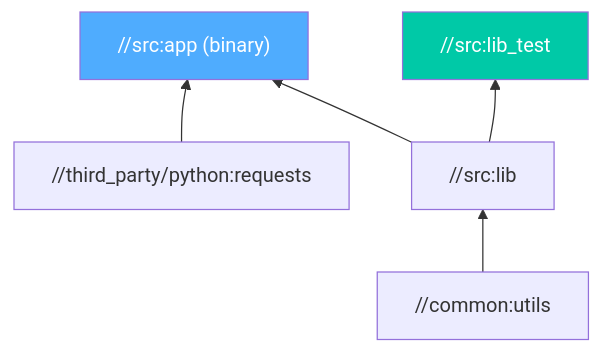
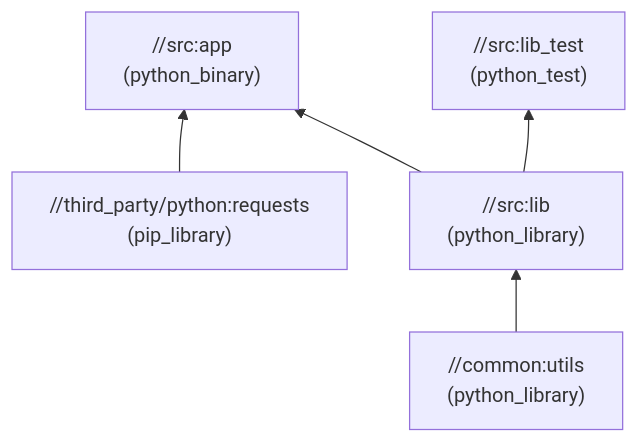
One commit to AndrewAltimit/Documentation changed the first of 3 diagrams in github-pages/docs/technology/please-build.md. Above: the diagram before and after it, drawn with Mermaid. The commit also changed other lines of this file and 240 other files, not shown here.

````diff
--- a/github-pages/docs/technology/please-build.md
+++ b/github-pages/docs/technology/please-build.md
@@ -22,9 +51,7 @@
 ```mermaid
 flowchart BT
-    UTILS["//common:utils"] --> LIB["//src:lib"]
-    LIB --> APP["//src:app (binary)"]
-    LIB --> TEST["//src:lib_test"]
-    REQ["//third_party/python:requests"] --> APP
-    style APP fill:#4facfe,color:#fff
-    style TEST fill:#00c9a7,color:#fff
+    UTILS["//common:utils<br/>(python_library)"] --> LIB["//src:lib<br/>(python_library)"]
+    LIB --> APP["//src:app<br/>(python_binary)"]
+    LIB --> TEST["//src:lib_test<br/>(python_test)"]
+    REQ["//third_party/python:requests<br/>(pip_library)"] --> APP
 ```
````
